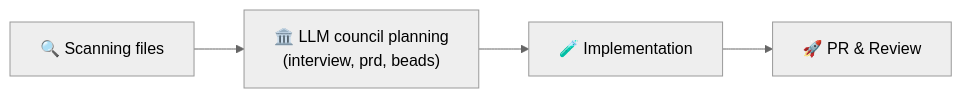
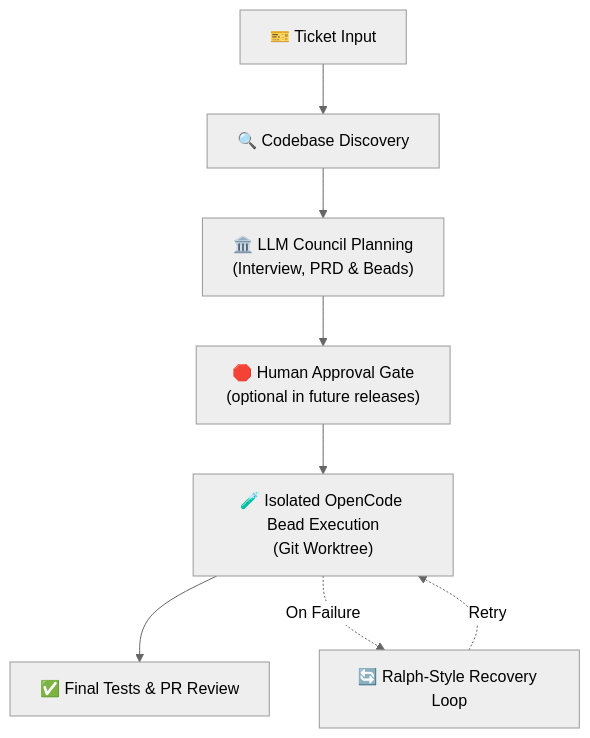
The diagram in docs/index.md (antclt/LoopTroop), drawn with Mermaid (neutral theme) before and after one commit. The commit also changed other lines of this file and 1 other file, not shown here.

Commit message:
docs: update README and index documentation with improved flowchart and setup instructions

````diff
--- a/docs/index.md
+++ b/docs/index.md
@@ -40,6 +46,10 @@
 ```mermaid
-flowchart LR
-    A["🔍 Scanning files"] --> B["🏛️ LLM council planning<br/>(interview, prd, beads)"]
-    B --> C["🧪 Implementation"]
-    C --> D["🚀 PR & Review"]
+flowchart TD
+    A["🎫 Ticket Input"] --> B["🔍 Codebase Discovery"]
+    B --> C["🏛️ LLM Council Planning<br/>(Interview, PRD & Beads)"]
+    C --> D["🛑 Human Approval Gate<br/>(optional in future releases)"]
+    D --> E["🧪 Isolated OpenCode Bead Execution<br/>(Git Worktree)"]
+    E --> F["✅ Final Tests & PR Review"]
+    E -.->|"On Failure"| G["🔄 Ralph-Style Recovery Loop"]
+    G -.->|"Retry"| E
 ```
````
